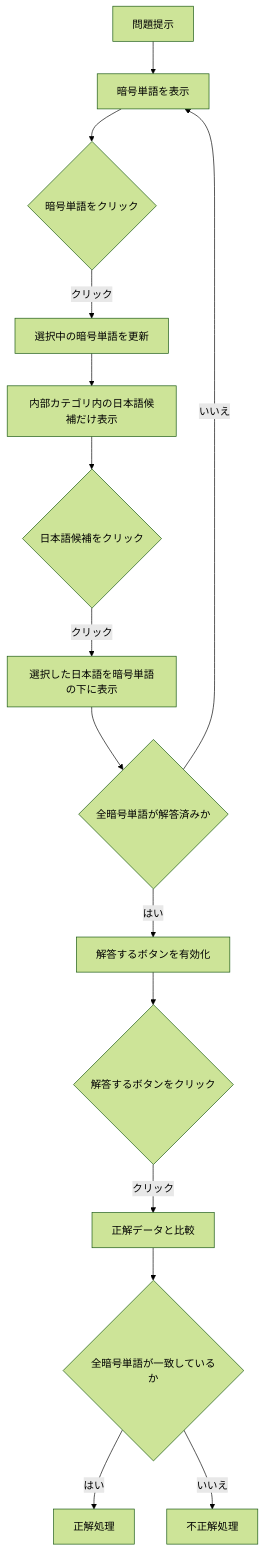
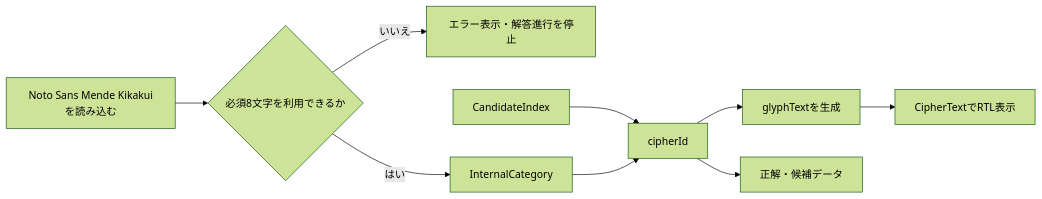
One commit to lycanthr0pes/language-deciphering-game changed the seventh of 13 diagrams in docs/project-flow.md. Above: the diagram before and after it, drawn with Mermaid (forest theme). The commit also changed other lines of this file and 12 other files, not shown here.

````diff
--- a/docs/project-flow.md
+++ b/docs/project-flow.md
@@ -174,17 +154,11 @@
 ```mermaid
-flowchart TD
-    A[問題提示] --> B[暗号単語を表示]
-    B --> C{暗号単語をクリック}
-    C -->|クリック| D[選択中の暗号単語を更新]
-    D --> E[内部カテゴリ内の日本語候補だけ表示]
-    E --> F{日本語候補をクリック}
-    F -->|クリック| G[選択した日本語を暗号単語の下に表示]
-    G --> H{全暗号単語が解答済みか}
-    H -->|いいえ| B
-    H -->|はい| I[解答するボタンを有効化]
-    I --> J{解答するボタンをクリック}
-    J -->|クリック| K[正解データと比較]
-    K --> L{全暗号単語が一致しているか}
-    L -->|はい| M[正解処理]
-    L -->|いいえ| N[不正解処理]
+flowchart LR
+    A[Noto Sans Mende Kikakuiを読み込む] --> B{必須8文字を利用できるか}
+    B -->|いいえ| X[エラー表示・解答進行を停止]
+    B -->|はい| C[InternalCategory]
+    D[CandidateIndex] --> E[cipherId]
+    C --> E
+    E --> F[glyphTextを生成]
+    F --> G[CipherTextでRTL表示]
+    E --> H[正解・候補データ]
 ```
````
